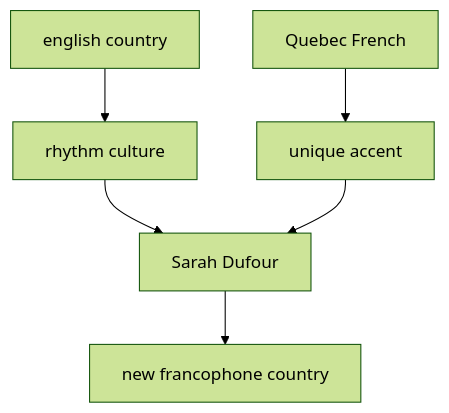
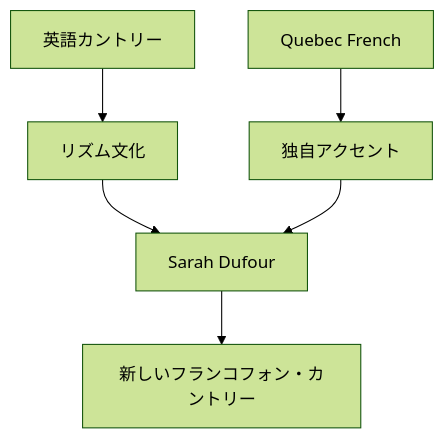
Before and after one commit to monumental-movement/monumental-movement.github.io: the seventh of 9 diagrams in en/_posts/2026-05-09-column-sarah-dufour.md, drawn with Mermaid (forest theme). The commit also changed other lines of this file and 2196 other files, not shown here.

```diff
--- a/en/_posts/2026-05-09-column-sarah-dufour.md
+++ b/en/_posts/2026-05-09-column-sarah-dufour.md
@@ -291,10 +291,10 @@
 <div class="mermaid">
 graph TD
-A[english country] --> C[rhythm culture]
-B[Quebec French] --> D[unique accent]
+A[英語カントリー] --> C[リズム文化]
+B[Quebec French] --> D[独自アクセント]
 
 C --> E[Sarah Dufour]
 D --> E
 
-E --> F[new francophone country]
+E --> F[新しいフランコフォン・カントリー]
 </div>
```
